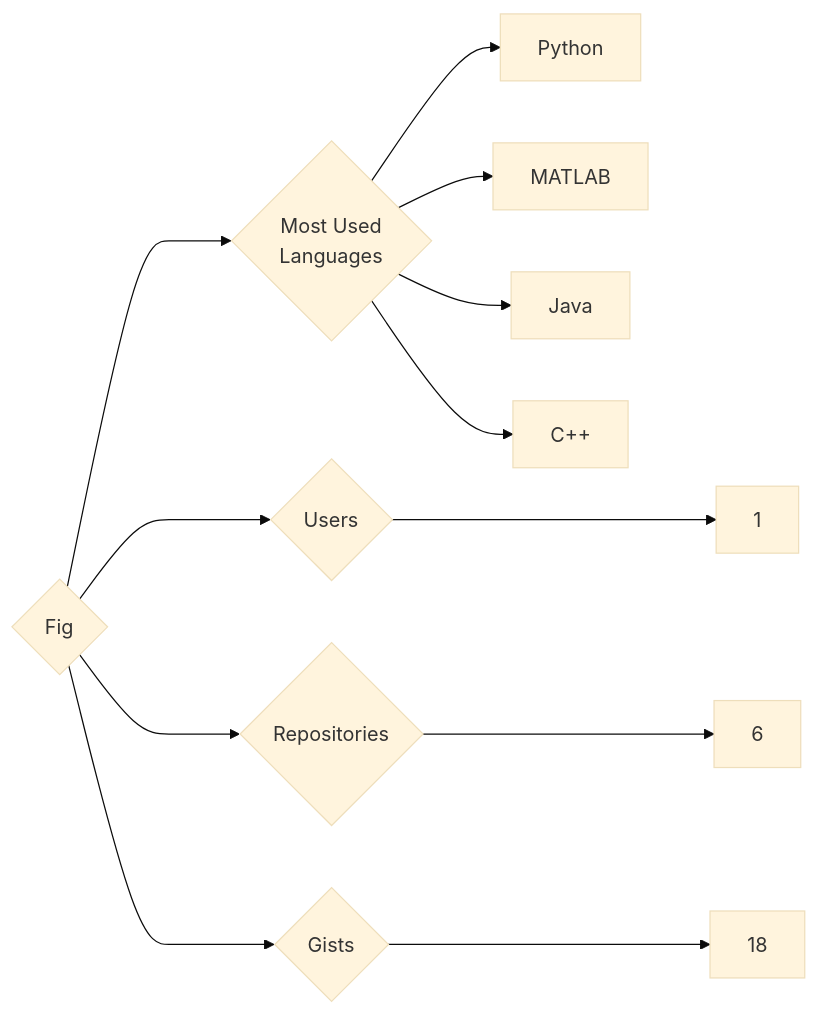
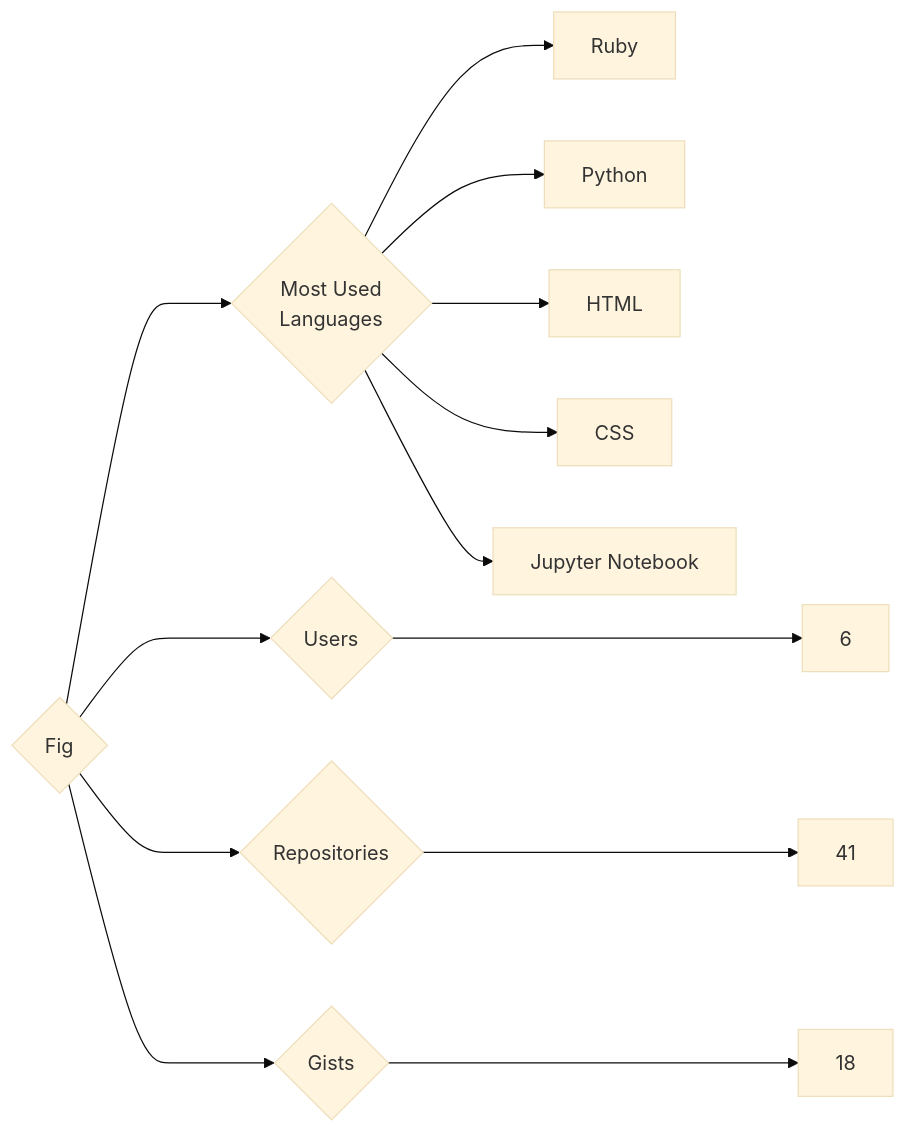
One commit to trickest/insiders changed the diagram in targets/Fig/README.md. Above: the diagram before and after it, drawn with Mermaid (base theme). The commit also changed 1020 other files, not shown here.

````diff
--- a/targets/Fig/README.md
+++ b/targets/Fig/README.md
@@ -3,12 +3,13 @@
 ```mermaid
 graph LR
 COMPANY_NAME{Fig}
-COMPANY_NAME ---> U{Users} ---> UN[1]
-COMPANY_NAME ---> R{Repositories} ---> RN[6]
+COMPANY_NAME ---> U{Users} ---> UN[6]
+COMPANY_NAME ---> R{Repositories} ---> RN[41]
 COMPANY_NAME ---> G{Gists} ---> GN[18]
 COMPANY_NAME ---> ML{Most Used<br>Languages}
+ML --> Ruby[Ruby]
 ML --> Python[Python]
-ML --> MATLAB[MATLAB]
-ML --> Java[Java]
-ML --> C++[C++]
+ML --> HTML[HTML]
+ML --> CSS[CSS]
+ML --> Jupyter_Notebook[Jupyter Notebook]
 ```
````
